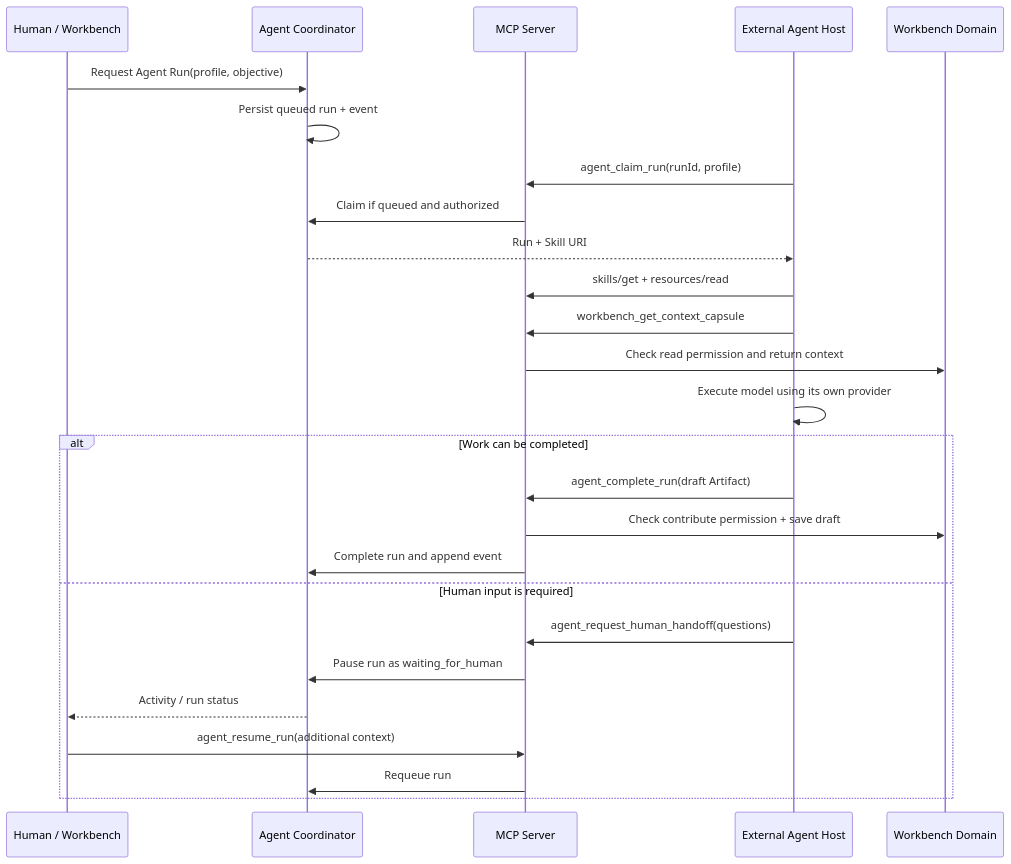
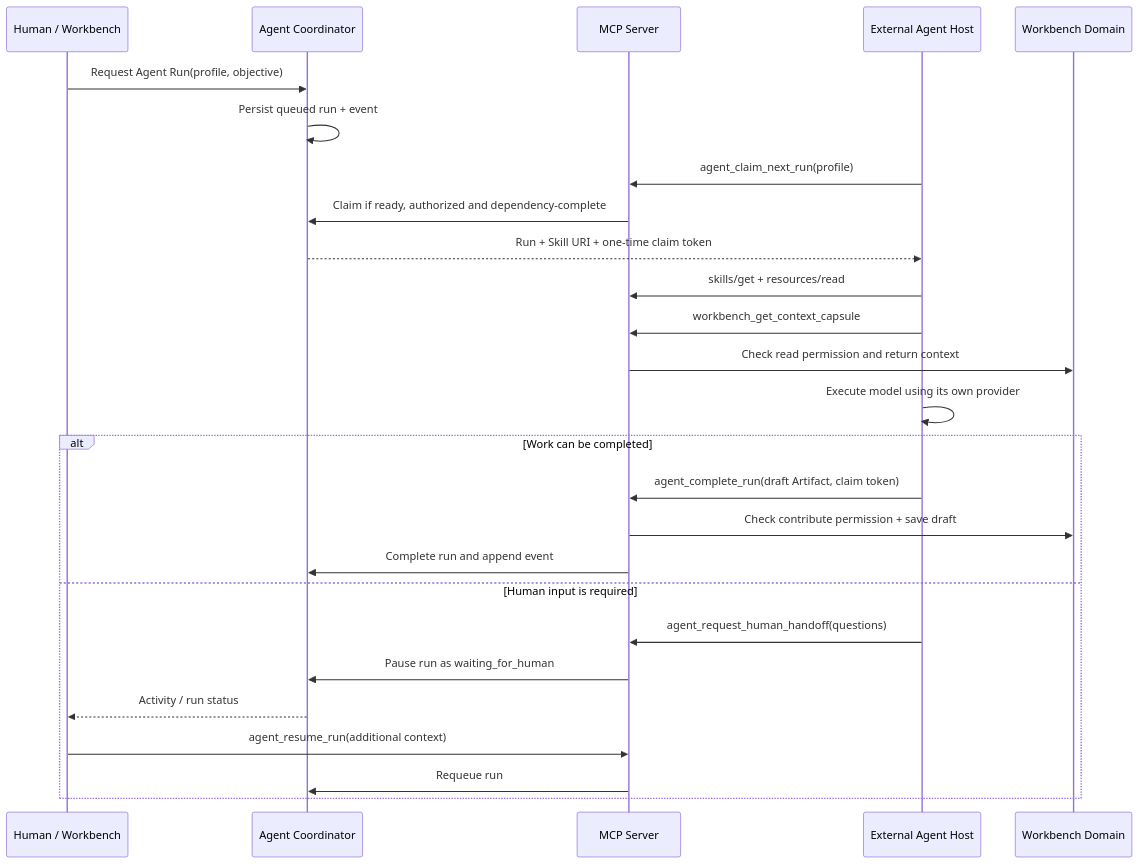
One commit to devweekly/devweekly.github.io changed the second of 3 diagrams in tools/architecture-workbench/docs/architecture.md. Above: the diagram before and after it, drawn with Mermaid. The commit also changed other lines of this file and 16 other files, not shown here.

Commit message:
feat(architecture-workbench): add DAG agent plans and MCP host

````diff
--- a/tools/architecture-workbench/docs/architecture.md
+++ b/tools/architecture-workbench/docs/architecture.md
@@ -88,29 +88,29 @@
 ```mermaid
 sequenceDiagram
     participant H as Human / Workbench
     participant C as Agent Coordinator
     participant M as MCP Server
     participant A as External Agent Host
     participant W as Workbench Domain
 
     H->>C: Request Agent Run(profile, objective)
     C->>C: Persist queued run + event
-    A->>M: agent_claim_run(runId, profile)
-    M->>C: Claim if queued and authorized
-    C-->>A: Run + Skill URI
+    A->>M: agent_claim_next_run(profile)
+    M->>C: Claim if ready, authorized and dependency-complete
+    C-->>A: Run + Skill URI + one-time claim token
     A->>M: skills/get + resources/read
     A->>M: workbench_get_context_capsule
     M->>W: Check read permission and return context
     A->>A: Execute model using its own provider
     alt Work can be completed
-        A->>M: agent_complete_run(draft Artifact)
+        A->>M: agent_complete_run(draft Artifact, claim token)
         M->>W: Check contribute permission + save draft
         M->>C: Complete run and append event
     else Human input is required
         A->>M: agent_request_human_handoff(questions)
         M->>C: Pause run as waiting_for_human
         C-->>H: Activity / run status
         H->>M: agent_resume_run(additional context)
         M->>C: Requeue run
     end
 ```
````
